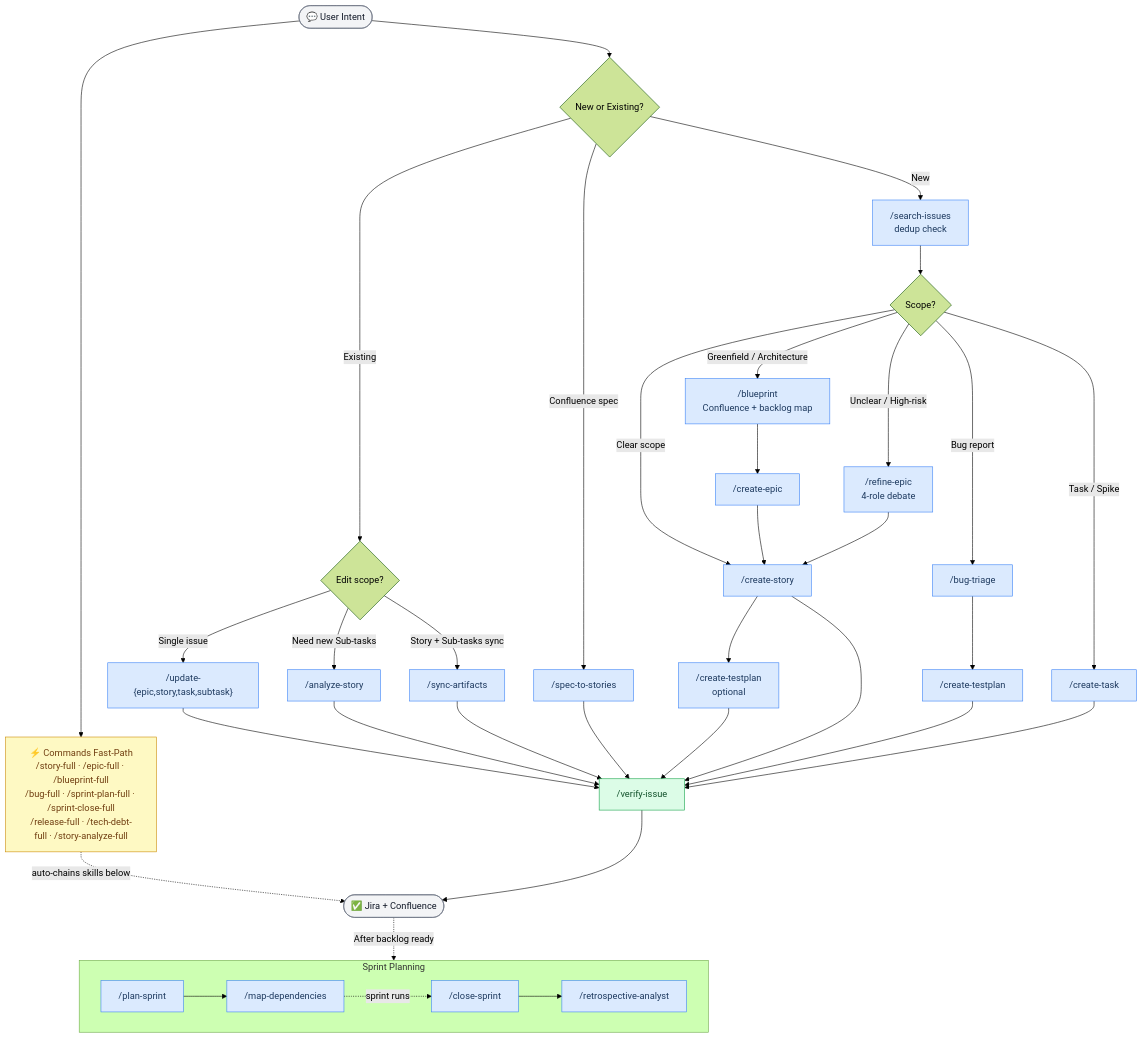
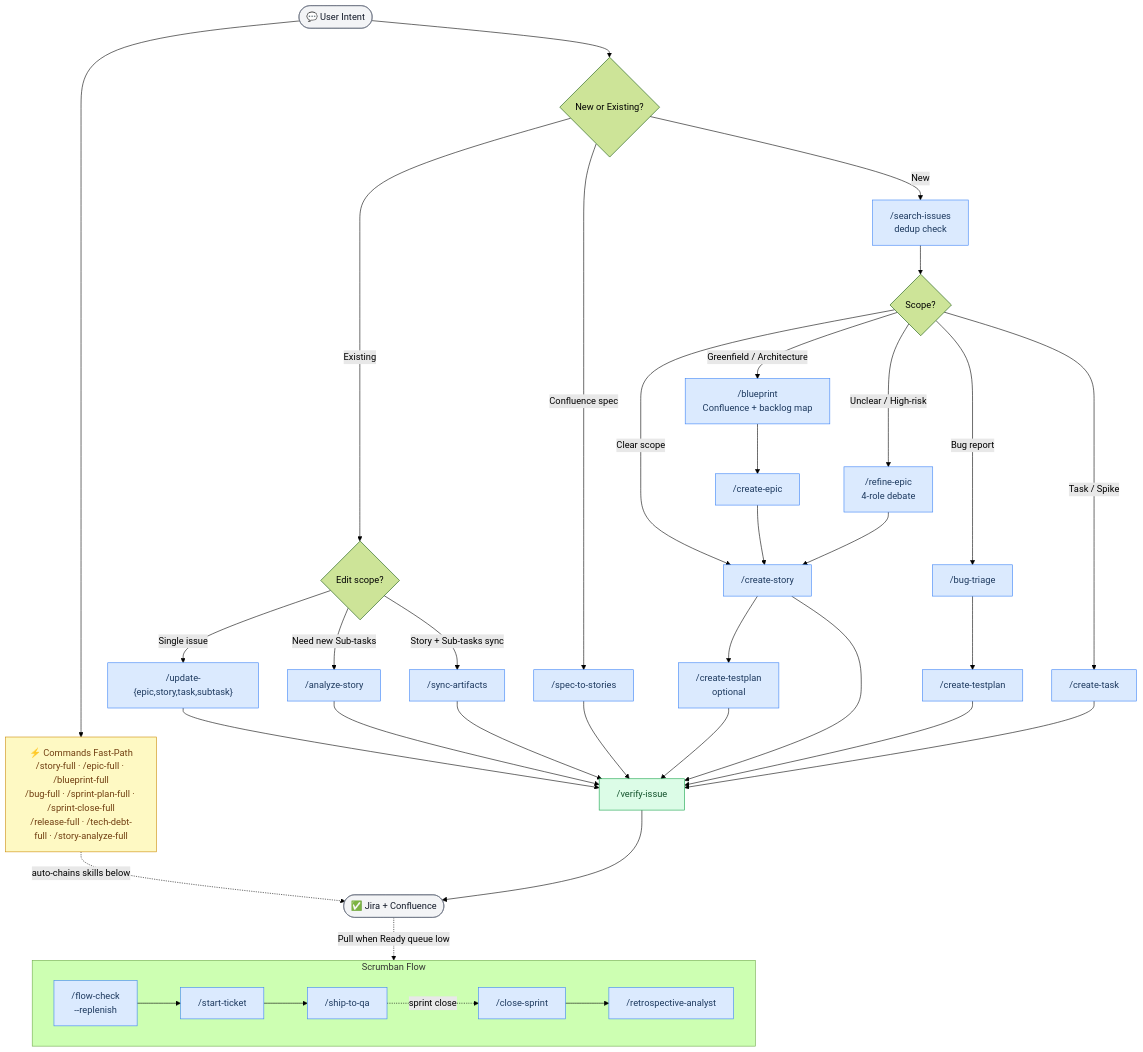
The diagram in README.md (wasikarn/atlassian-pm), drawn with Mermaid (forest theme) before and after one commit. The commit also changed other lines of this file and 4 other files, not shown here.

First line of the commit message:
docs: update scrumban workflow — remove sprint planning, add DLC skills (#1)

````diff
--- a/README.md
+++ b/README.md
@@ -41,50 +41,51 @@
 ```mermaid
 flowchart TD
     A([💬 User Intent]) --> CMD["⚡ Commands Fast-Path\n/story-full · /epic-full · /blueprint-full\n/bug-full · /sprint-plan-full · /sprint-close-full\n/release-full · /tech-debt-full · /story-analyze-full"]
     A --> B{New or Existing?}
     CMD -.->|"auto-chains skills below"| M
 
     B -->|New| C["/search-issues\ndedup check"]
     B -->|Existing| D{Edit scope?}
     B -->|"Confluence spec"| SS["/spec-to-stories"]
 
     D -->|Single issue| E["/update-{epic,story,task,subtask}"]
     D -->|Need new Sub-tasks| AS["/analyze-story"]
     D -->|Story + Sub-tasks sync| F["/sync-artifacts"]
 
     E --> V["/verify-issue"]
     AS --> V
     F --> V
     SS --> V
 
     C --> G{Scope?}
     G -->|"Greenfield / Architecture"| H["/blueprint\nConfluence + backlog map"]
     G -->|"Unclear / High-risk"| I["/refine-epic\n4-role debate"]
     G -->|"Clear scope"| K["/create-story"]
     G -->|"Bug report"| BT["/bug-triage"]
     G -->|"Task / Spike"| T["/create-task"]
 
     H --> J["/create-epic"] --> K
     I --> K
     K --> L["/create-testplan\noptional"] --> V
     K --> V
     BT --> TP["/create-testplan"] --> V
     T --> V
     V --> M([✅ Jira + Confluence])
 
-    subgraph sprint["Sprint Planning"]
+    subgraph flow["Scrumban Flow"]
         direction LR
-        N["/plan-sprint"] --> O["/map-dependencies"]
-        O -.->|"sprint runs"| Q["/close-sprint"] --> R["/retrospective-analyst"]
+        FC["/flow-check\n--replenish"] --> ST["/start-ticket"]
+        ST --> SQ["/ship-to-qa"]
+        SQ -.->|"sprint close"| Q["/close-sprint"] --> R["/retrospective-analyst"]
     end
-    M -.->|"After backlog ready"| sprint
+    M -.->|"Pull when Ready queue low"| flow
 
     classDef skill fill:#dbeafe,stroke:#3b82f6,color:#1e3a5f
     classDef gate fill:#dcfce7,stroke:#16a34a,color:#14532d
     classDef endpoint fill:#f3f4f6,stroke:#6b7280,color:#111827
     classDef cmd fill:#fef9c3,stroke:#ca8a04,color:#713f12
-    class C,E,F,AS,H,I,J,K,L,N,O,T,BT,TP,Q,R,SS skill
+    class C,E,F,AS,H,I,J,K,L,FC,ST,SQ,T,BT,TP,Q,R,SS skill
     class V gate
     class A,M endpoint
     class CMD cmd
 ```
````
